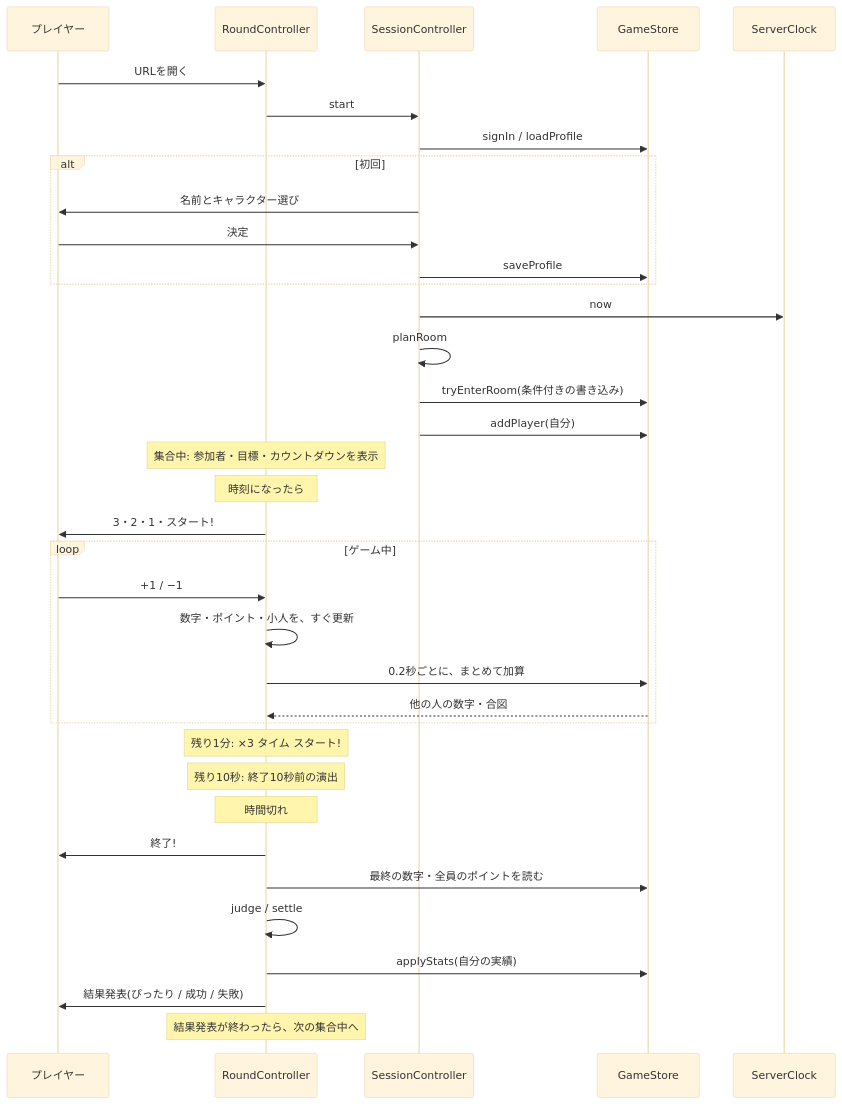
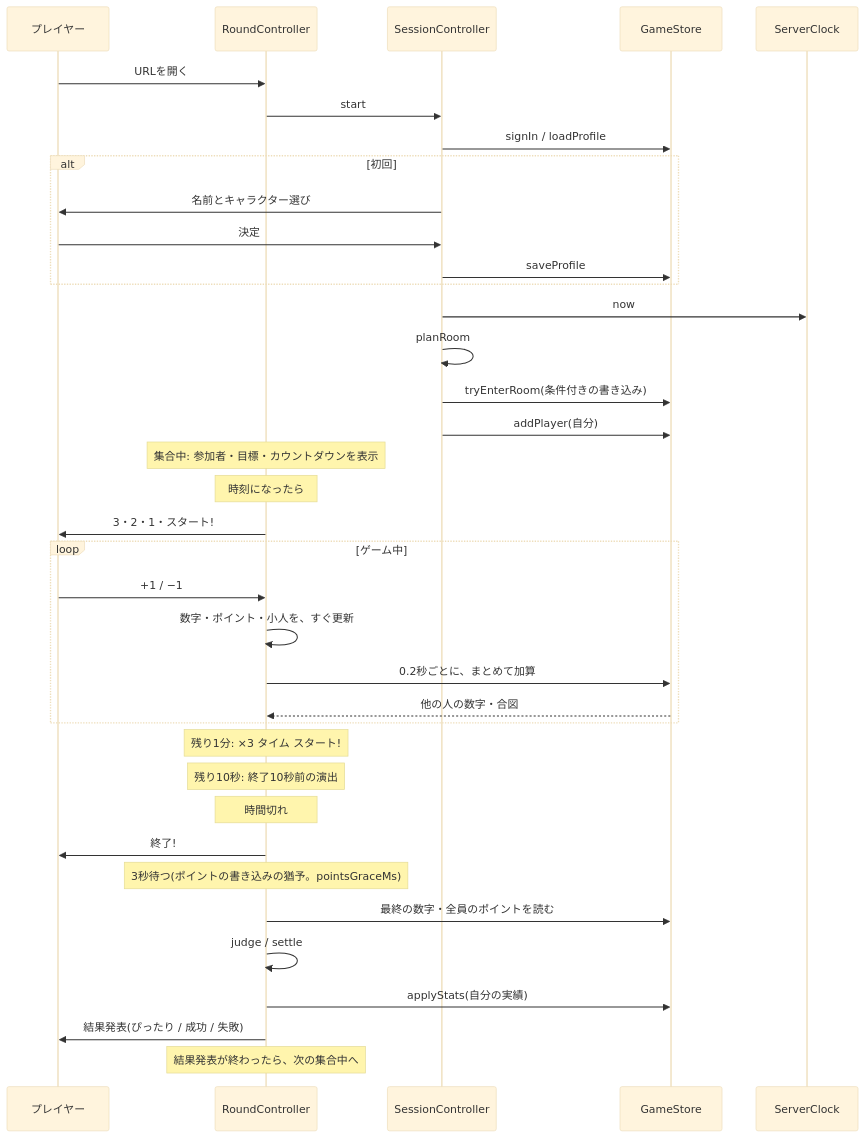
One commit to nogawa-asase/Number-Together changed the third of 6 diagrams in docs/functional-design.md. Above: the diagram before and after it, drawn with Mermaid (base theme). The commit also changed other lines of this file and 6 other files, not shown here.

````diff
--- a/docs/functional-design.md
+++ b/docs/functional-design.md
@@ -811,39 +865,40 @@
 ```mermaid
 sequenceDiagram
     participant User as プレイヤー
     participant Ctrl as RoundController
     participant Sess as SessionController
     participant Store as GameStore
     participant Clk as ServerClock
 
     User->>Ctrl: URLを開く
     Ctrl->>Sess: start
     Sess->>Store: signIn / loadProfile
     alt 初回
         Sess->>User: 名前とキャラクター選び
         User->>Sess: 決定
         Sess->>Store: saveProfile
     end
     Sess->>Clk: now
     Sess->>Sess: planRoom
     Sess->>Store: tryEnterRoom(条件付きの書き込み)
     Sess->>Store: addPlayer(自分)
     Note over Ctrl: 集合中: 参加者・目標・カウントダウンを表示
     Note over Ctrl: 時刻になったら
     Ctrl->>User: 3・2・1・スタート!
     loop ゲーム中
         User->>Ctrl: +1 / −1
         Ctrl->>Ctrl: 数字・ポイント・小人を、すぐ更新
         Ctrl->>Store: 0.2秒ごとに、まとめて加算
         Store-->>Ctrl: 他の人の数字・合図
     end
     Note over Ctrl: 残り1分: ×3 タイム スタート!
     Note over Ctrl: 残り10秒: 終了10秒前の演出
     Note over Ctrl: 時間切れ
     Ctrl->>User: 終了!
+    Note over Ctrl: 3秒待つ(ポイントの書き込みの猶予。pointsGraceMs)
     Ctrl->>Store: 最終の数字・全員のポイントを読む
     Ctrl->>Ctrl: judge / settle
     Ctrl->>Store: applyStats(自分の実績)
     Ctrl->>User: 結果発表(ぴったり / 成功 / 失敗)
     Note over Ctrl: 結果発表が終わったら、次の集合中へ
 ```
````
